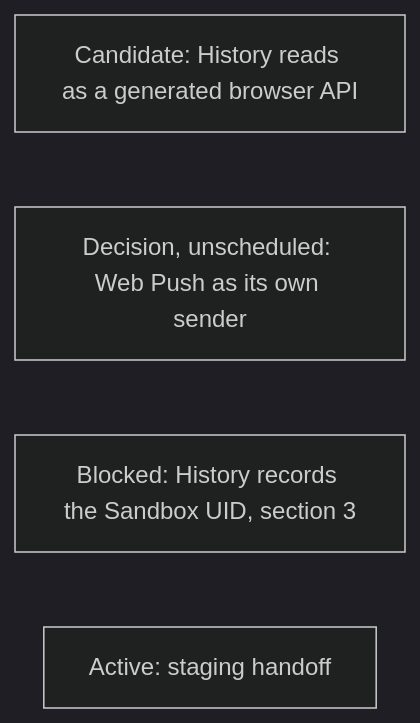
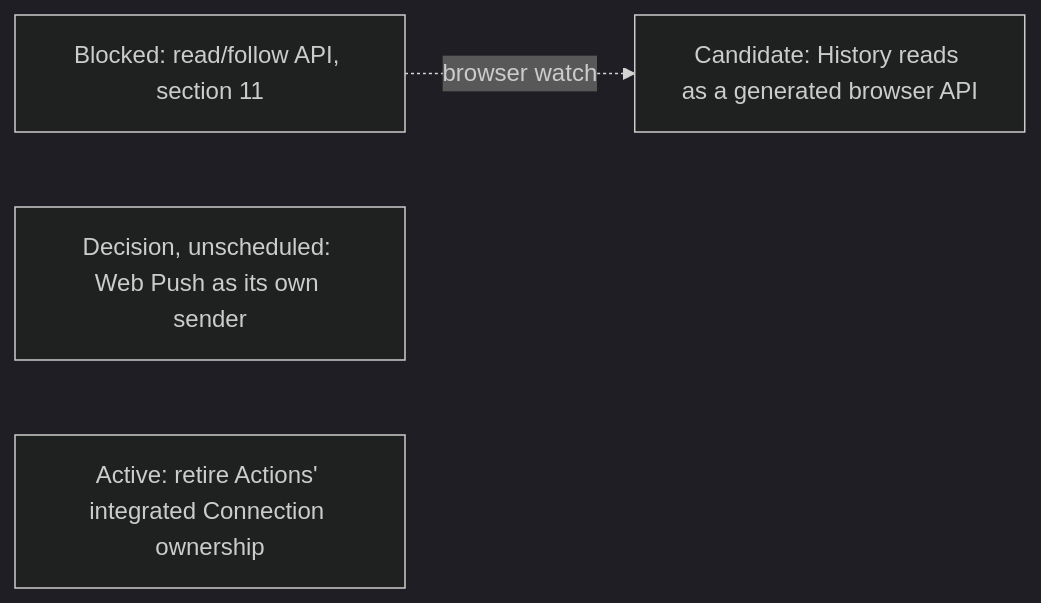
Diagram 18 of 19 in agentplane/plans/task_dag.md (agentydragon-agent/ducktape), drawn with Mermaid (dark theme) before and after one commit. The commit also changed other lines of this file and 7 other files, not shown here.

````diff
--- a/agentplane/plans/task_dag.md
+++ b/agentplane/plans/task_dag.md
@@ -1738,7 +1766,7 @@
 ```mermaid
 flowchart LR
     HISTORY_READS_FACADE[Candidate: History reads as a generated browser API]
+    HISTORY_READ_FOLLOW_API[Blocked: read/follow API, section 11] -. browser watch .-> HISTORY_READS_FACADE
     WEB_PUSH_SERVICE[Decision, unscheduled: Web Push as its own sender]
-    HISTORY_SANDBOX_UID[Blocked: History records the Sandbox UID, section 3]
-    ACTION_MCP_EDGE_SPLIT[Active: staging handoff]
+    ACTION_MCP_EDGE_SPLIT[Active: retire Actions' integrated Connection ownership]
 ```
````
